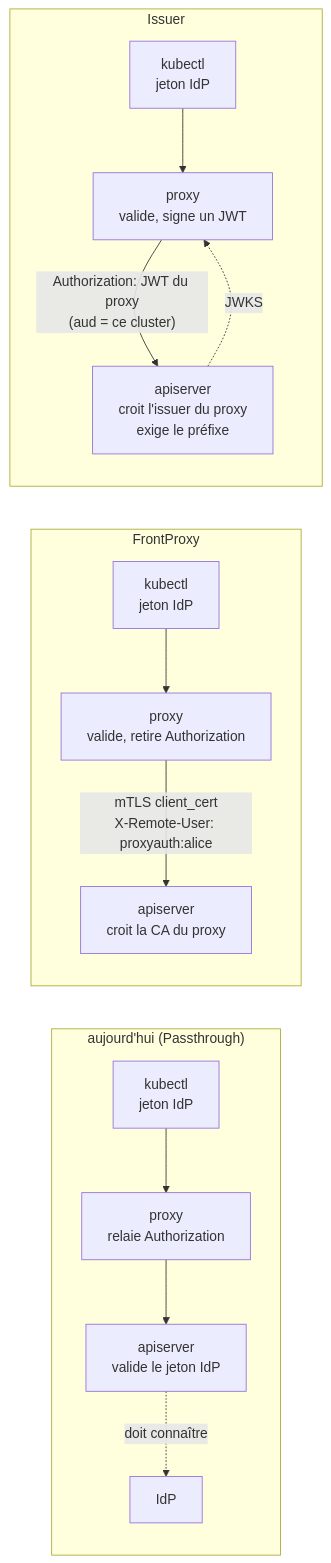
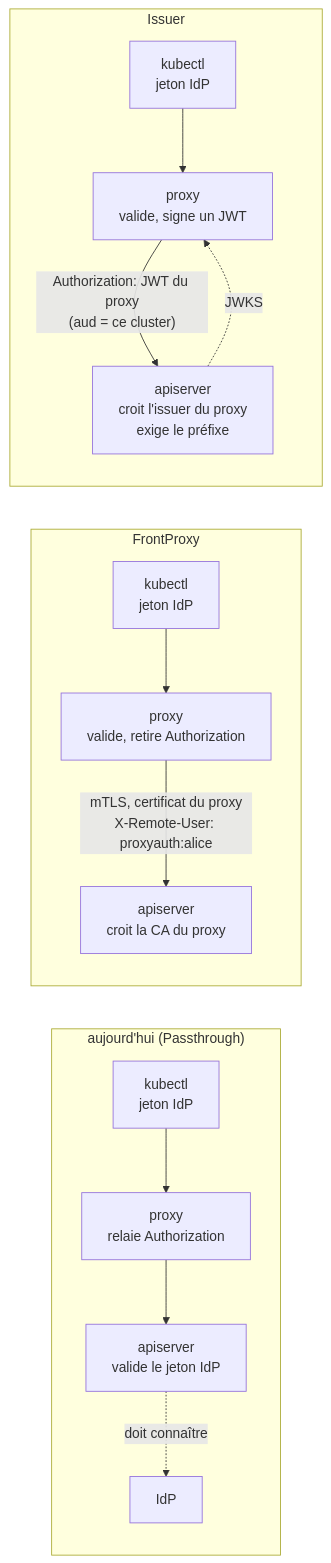
Before and after one commit to batleforc/ProxyAuthK8S: the first of 5 diagrams in .rfc/0014-trusted-authenticator.md, drawn with Mermaid. The commit also changed other lines of this file and 1 other file, not shown here.

````diff
--- a/.rfc/0014-trusted-authenticator.md
+++ b/.rfc/0014-trusted-authenticator.md
@@ -86,16 +94,16 @@
 ```mermaid
 flowchart LR
     subgraph T["aujourd'hui (Passthrough)"]
         C1["kubectl<br/>jeton IdP"] --> P1["proxy<br/>relaie Authorization"] --> A1["apiserver<br/>valide le jeton IdP"]
         A1 -. "doit connaître" .-> I1["IdP"]
     end
     subgraph F["FrontProxy"]
         C2["kubectl<br/>jeton IdP"] --> P2["proxy<br/>valide, retire Authorization"]
-        P2 -- "mTLS client_cert<br/>X-Remote-User: proxyauth:alice" --> A2["apiserver<br/>croit la CA du proxy"]
+        P2 -- "mTLS, certificat du proxy<br/>X-Remote-User: proxyauth:alice" --> A2["apiserver<br/>croit la CA du proxy"]
     end
     subgraph S["Issuer"]
         C3["kubectl<br/>jeton IdP"] --> P3["proxy<br/>valide, signe un JWT"]
         P3 -- "Authorization: JWT du proxy<br/>(aud = ce cluster)" --> A3["apiserver<br/>croit l'issuer du proxy<br/>exige le préfixe"]
         A3 -. "JWKS" .-> P3
     end
 ```
````
